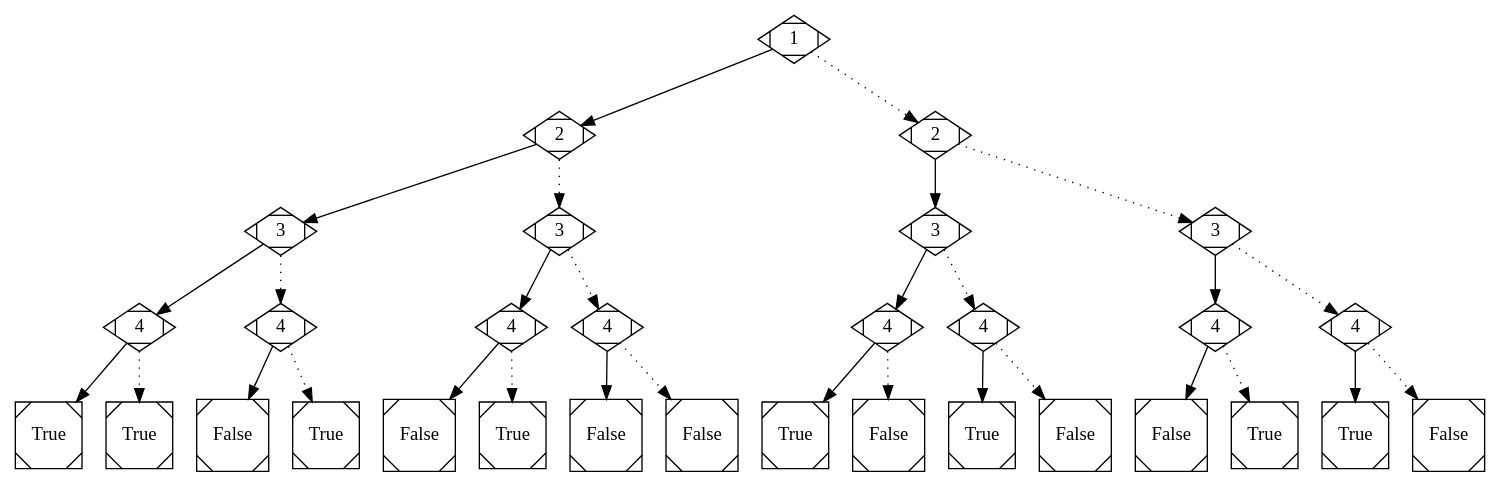
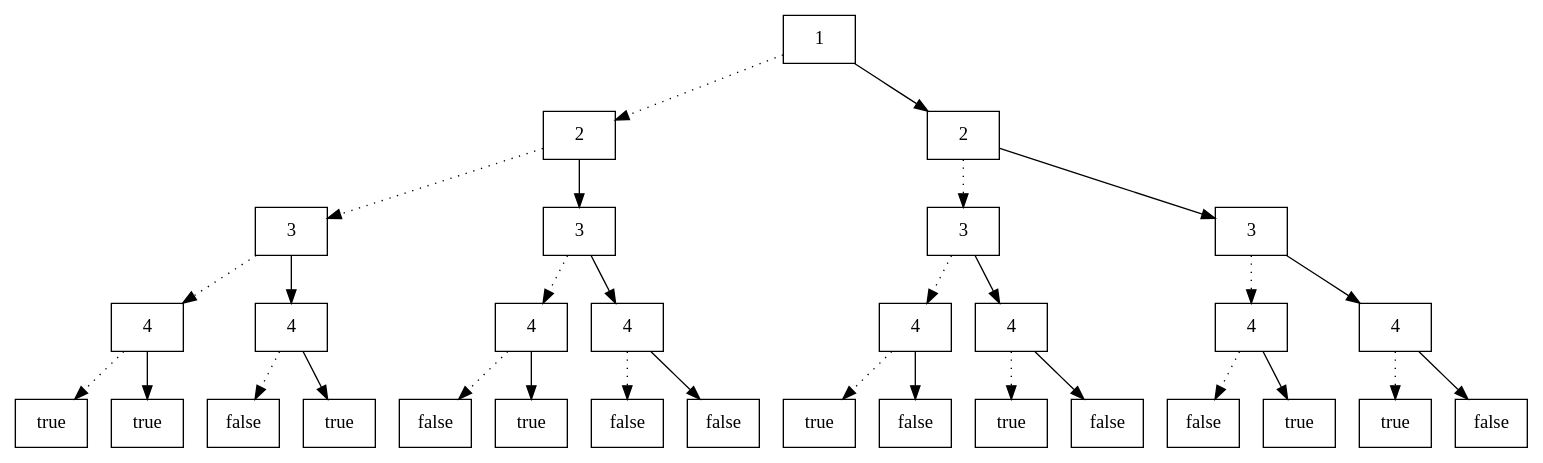
Before and after one commit to Freecs11/ouv_project: the diagram in test.dot, drawn with Graphviz. The commit also changed 3 other files, not shown here.

```diff
--- a/test.dot
+++ b/test.dot
@@ -1,63 +1,63 @@
 digraph G {
-n30 [label="1", shape=Mdiamond];
-n14 [label="2", shape=Mdiamond];
-n6 [label="3", shape=Mdiamond];
-n2 [label="4", shape=Mdiamond];
-n0 [label="True", shape=Msquare];
-n1 [label="True", shape=Msquare];
-n2 -> n0;
-n2 -> n1 [style=dotted];
-n5 [label="4", shape=Mdiamond];
-n3 [label="False", shape=Msquare];
-n4 [label="True", shape=Msquare];
-n5 -> n3;
-n5 -> n4 [style=dotted];
-n6 -> n2;
-n6 -> n5 [style=dotted];
-n13 [label="3", shape=Mdiamond];
-n9 [label="4", shape=Mdiamond];
-n7 [label="False", shape=Msquare];
-n8 [label="True", shape=Msquare];
-n9 -> n7;
-n9 -> n8 [style=dotted];
-n12 [label="4", shape=Mdiamond];
-n10 [label="False", shape=Msquare];
-n11 [label="False", shape=Msquare];
-n12 -> n10;
-n12 -> n11 [style=dotted];
-n13 -> n9;
-n13 -> n12 [style=dotted];
-n14 -> n6;
-n14 -> n13 [style=dotted];
-n29 [label="2", shape=Mdiamond];
-n21 [label="3", shape=Mdiamond];
-n17 [label="4", shape=Mdiamond];
-n15 [label="True", shape=Msquare];
-n16 [label="False", shape=Msquare];
-n17 -> n15;
-n17 -> n16 [style=dotted];
-n20 [label="4", shape=Mdiamond];
-n18 [label="True", shape=Msquare];
-n19 [label="False", shape=Msquare];
-n20 -> n18;
-n20 -> n19 [style=dotted];
-n21 -> n17;
-n21 -> n20 [style=dotted];
-n28 [label="3", shape=Mdiamond];
-n24 [label="4", shape=Mdiamond];
-n22 [label="False", shape=Msquare];
-n23 [label="True", shape=Msquare];
-n24 -> n22;
-n24 -> n23 [style=dotted];
-n27 [label="4", shape=Mdiamond];
-n25 [label="True", shape=Msquare];
-n26 [label="False", shape=Msquare];
-n27 -> n25;
-n27 -> n26 [style=dotted];
-n28 -> n24;
-n28 -> n27 [style=dotted];
-n29 -> n21;
-n29 -> n28 [style=dotted];
-n30 -> n14;
-n30 -> n29 [style=dotted];
+0 [label="1" shape="cercle"];
+1 [label="2" shape="cercle"];
+2 [label="3" shape="cercle"];
+3 [label="4" shape="cercle"];
+4 [label="true" shape="cercle"];
+5 [label="true" shape="cercle"];
+3 -> 4 [style=dotted];
+3 -> 5;
+6 [label="4" shape="cercle"];
+7 [label="false" shape="cercle"];
+8 [label="true" shape="cercle"];
+6 -> 7 [style=dotted];
+6 -> 8;
+2 -> 3 [style=dotted];
+2 -> 6;
+9 [label="3" shape="cercle"];
+10 [label="4" shape="cercle"];
+11 [label="false" shape="cercle"];
+12 [label="true" shape="cercle"];
+10 -> 11 [style=dotted];
+10 -> 12;
+13 [label="4" shape="cercle"];
+14 [label="false" shape="cercle"];
+15 [label="false" shape="cercle"];
+13 -> 14 [style=dotted];
+13 -> 15;
+9 -> 10 [style=dotted];
+9 -> 13;
+1 -> 2 [style=dotted];
+1 -> 9;
+16 [label="2" shape="cercle"];
+17 [label="3" shape="cercle"];
+18 [label="4" shape="cercle"];
+19 [label="true" shape="cercle"];
+20 [label="false" shape="cercle"];
+18 -> 19 [style=dotted];
+18 -> 20;
+21 [label="4" shape="cercle"];
+22 [label="true" shape="cercle"];
+23 [label="false" shape="cercle"];
+21 -> 22 [style=dotted];
+21 -> 23;
+17 -> 18 [style=dotted];
+17 -> 21;
+24 [label="3" shape="cercle"];
+25 [label="4" shape="cercle"];
+26 [label="false" shape="cercle"];
+27 [label="true" shape="cercle"];
+25 -> 26 [style=dotted];
+25 -> 27;
+28 [label="4" shape="cercle"];
+29 [label="true" shape="cercle"];
+30 [label="false" shape="cercle"];
+28 -> 29 [style=dotted];
+28 -> 30;
+24 -> 25 [style=dotted];
+24 -> 28;
+16 -> 17 [style=dotted];
+16 -> 24;
+0 -> 1 [style=dotted];
+0 -> 16;
 }
```
